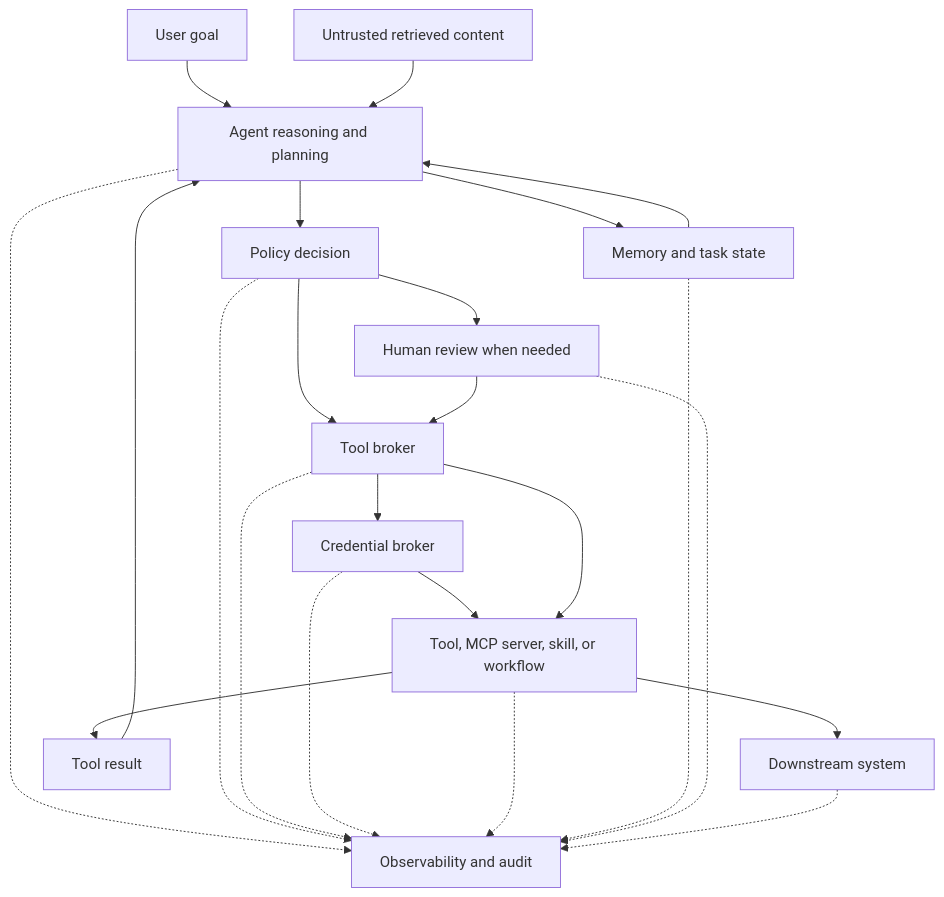
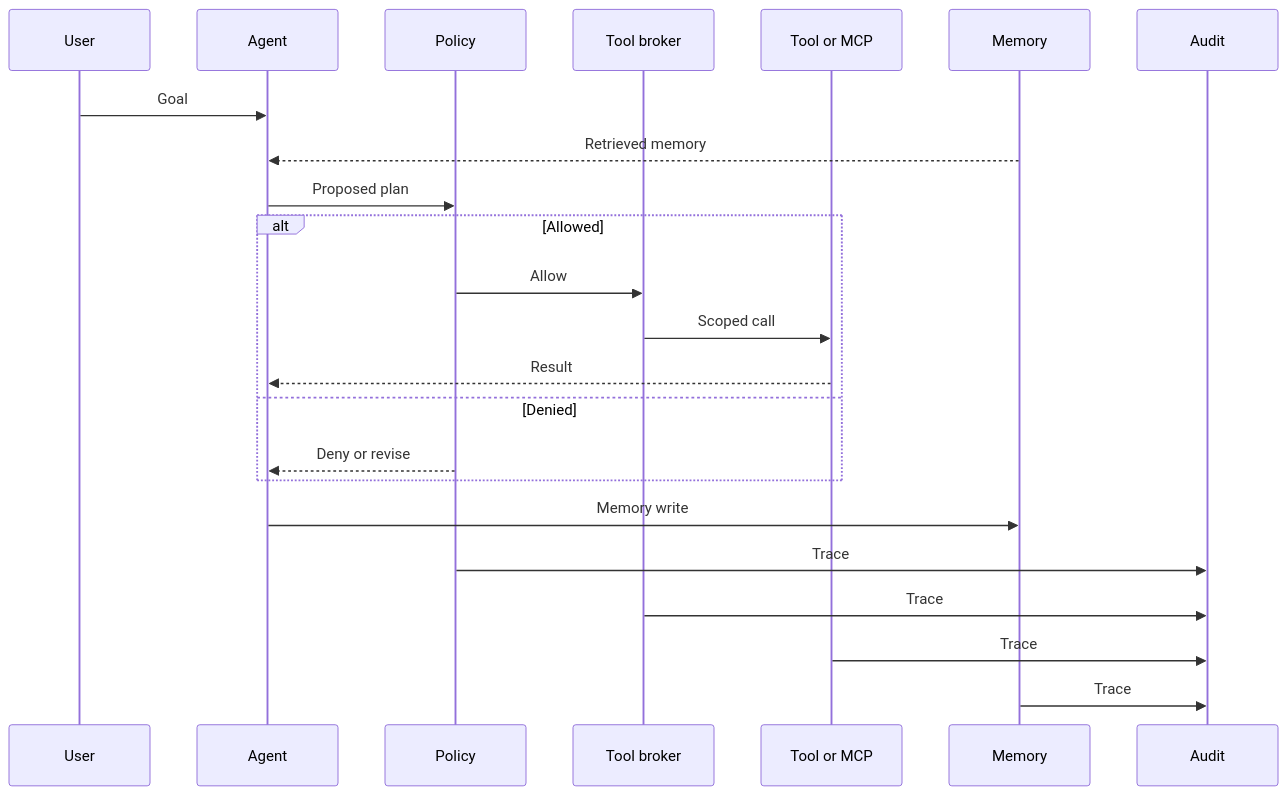
Before and after one commit to natnew/Awesome-Agentic-AI-Security: the diagram in visuals/agent-tool-memory-attack-flow.mmd, drawn with Mermaid. The commit also changed 25 other files, not shown here.

First line of the commit message:
Refactor secure MCP and tool calling patterns; enhance visuals and documentation

```diff
--- a/visuals/agent-tool-memory-attack-flow.mmd
+++ b/visuals/agent-tool-memory-attack-flow.mmd
@@ -1,24 +1,24 @@
-flowchart TD
-    U[User goal] --> A[Agent reasoning and planning]
-    X[Untrusted retrieved content] --> A
-    M[Memory and task state] --> A
-    A --> P[Policy decision]
-    P --> B[Tool broker]
-    P --> R[Human review when needed]
-    R --> B
-    B --> C[Credential broker]
-    C --> T[Tool, MCP server, skill, or workflow]
-    B --> T
-    T --> D[Downstream system]
-    T --> O[Tool result]
-    O --> A
-    A --> M
+sequenceDiagram
+  participant U as User
+  participant A as Agent
+  participant P as Policy
+  participant B as Tool broker
+  participant T as Tool or MCP
+  participant M as Memory
+  participant L as Audit
 
-    A -.-> L[Observability and audit]
-    P -.-> L
-    B -.-> L
-    C -.-> L
-    T -.-> L
-    M -.-> L
-    R -.-> L
-    D -.-> L
+  U->>A: Goal
+  M-->>A: Retrieved memory
+  A->>P: Proposed plan
+  alt Allowed
+    P->>B: Allow
+    B->>T: Scoped call
+    T-->>A: Result
+  else Denied
+    P-->>A: Deny or revise
+  end
+  A->>M: Memory write
+  P->>L: Trace
+  B->>L: Trace
+  T->>L: Trace
+  M->>L: Trace
```
